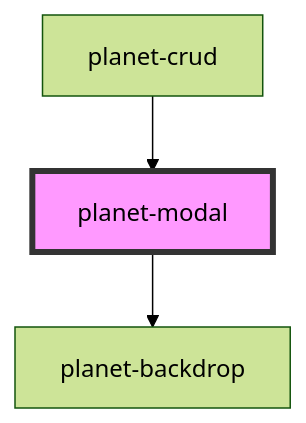
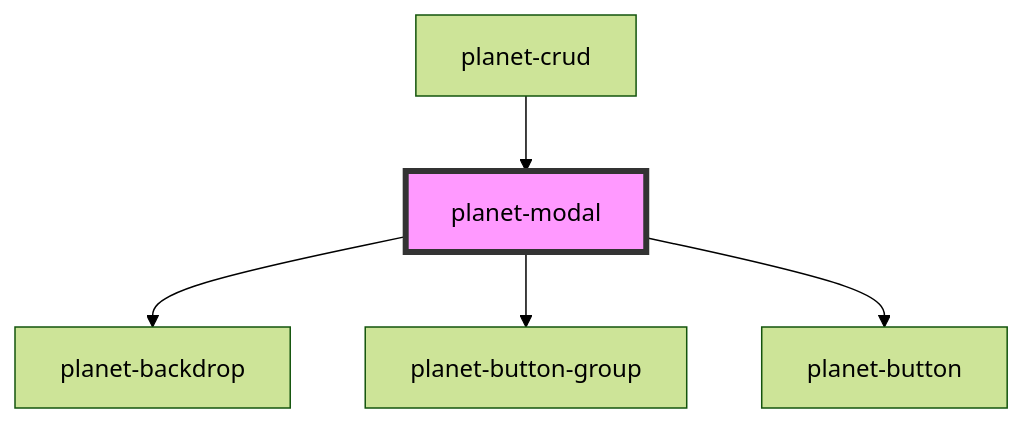
The diagram in src/components/planet-modal/readme.md (siteplanet/planet-css), drawn with Mermaid (forest theme) before and after one commit. The commit also changed other lines of this file and 19 other files, not shown here.

````diff
--- a/src/components/planet-modal/readme.md
+++ b/src/components/planet-modal/readme.md
@@ -26,6 +35,8 @@
 ```mermaid
 graph TD;
   planet-modal --> planet-backdrop
+  planet-modal --> planet-button-group
+  planet-modal --> planet-button
   planet-crud --> planet-modal
   style planet-modal fill:#f9f,stroke:#333,stroke-width:4px
 ```
````
